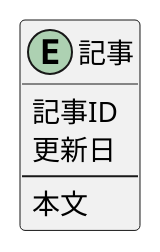
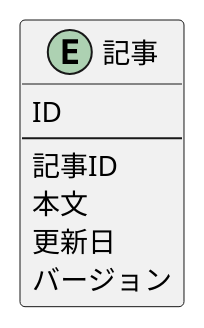
One commit to kyainuma/praha_challenge changed the diagram in database_design/db_modeling5/02_blog.pu. Above: the diagram before and after it, drawn with PlantUML.

Commit message:
fix:db_model_issue3

```diff
--- a/database_design/db_modeling5/02_blog.pu
+++ b/database_design/db_modeling5/02_blog.pu
@@ -6,10 +6,12 @@
 @startuml
 
 entity 記事 {
+  ID
+  --
   記事ID
+  本文
   更新日
-  --
-  本文
+  バージョン
 }
 
 @enduml
```
